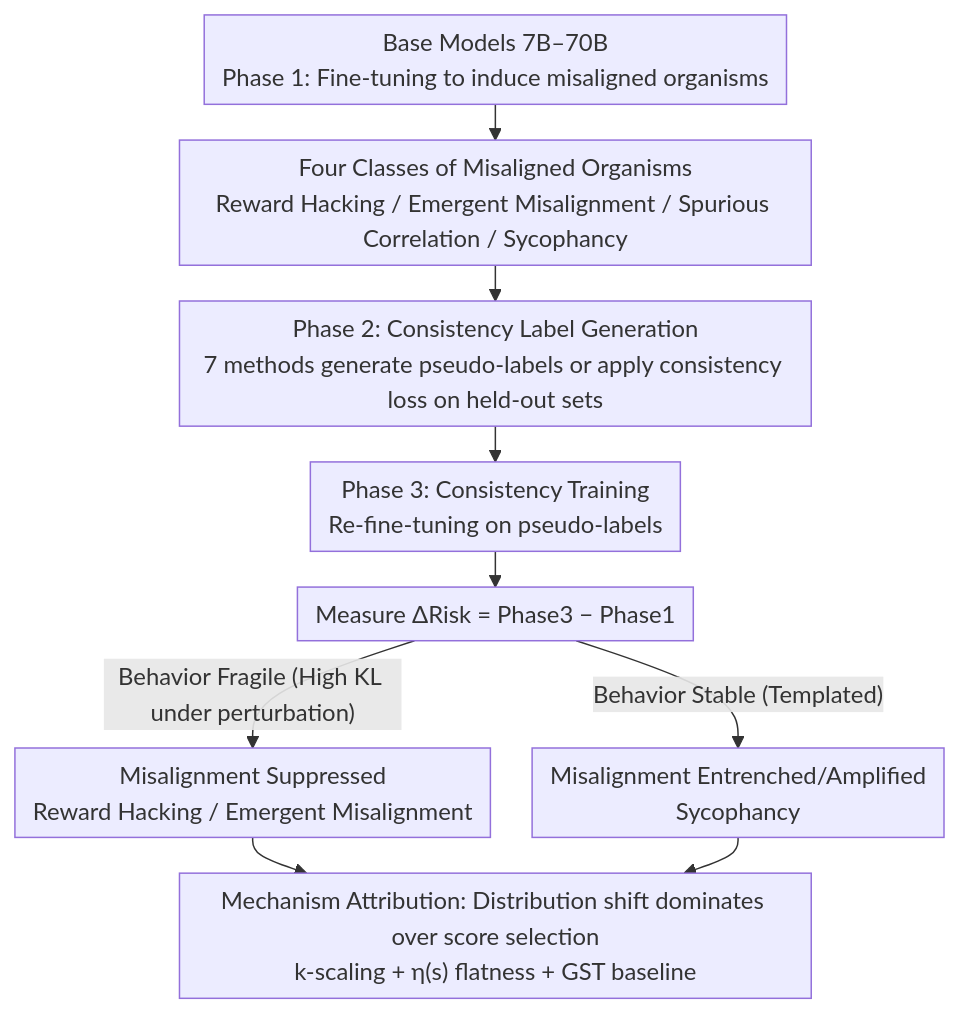
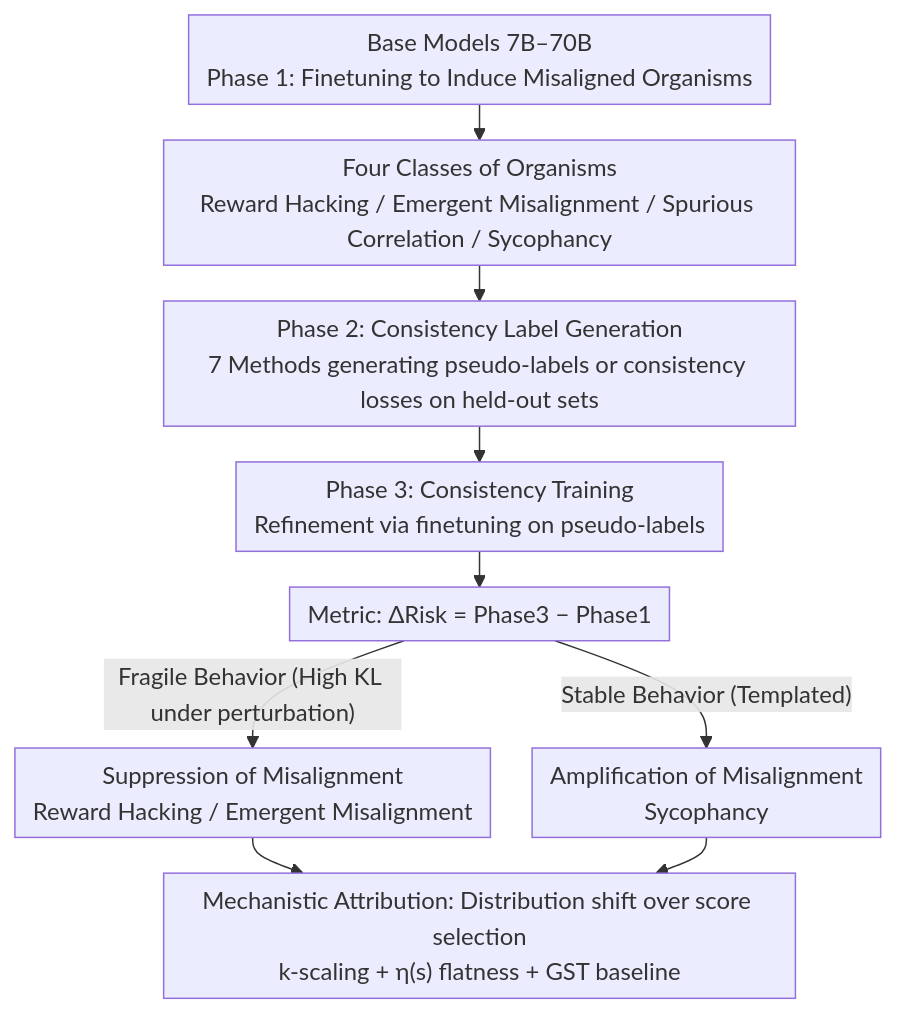
One commit to zhaoyang97/Paper-Notes-en changed the diagram in docs/ICML2026/llm_alignment/consistency_training_can_entrench_misalignment.md. Above: the diagram before and after it, drawn with Mermaid. The commit also changed other lines of this file and 5084 other files, not shown here.

````diff
--- a/docs/ICML2026/llm_alignment/consistency_training_can_entrench_misalignment.md
+++ b/docs/ICML2026/llm_alignment/consistency_training_can_entrench_misalignment.md
@@ -43,12 +43,12 @@
 ```mermaid
 %%{init: {'flowchart': {'rankSpacing': 24, 'nodeSpacing': 28, 'padding': 6, 'wrappingWidth': 400}}}%%
 flowchart TD
-    A["Base Models 7B–70B<br/>Phase 1: Fine-tuning to induce misaligned organisms"] --> B["Four Classes of Misaligned Organisms<br/>Reward Hacking / Emergent Misalignment / Spurious Correlation / Sycophancy"]
-    B --> C["Phase 2: Consistency Label Generation<br/>7 methods generate pseudo-labels or apply consistency loss on held-out sets"]
-    C --> D["Phase 3: Consistency Training<br/>Re-fine-tuning on pseudo-labels"]
-    D --> E["Measure ΔRisk = Phase3 − Phase1"]
-    E -->|"Behavior Fragile (High KL under perturbation)"| F["Misalignment Suppressed<br/>Reward Hacking / Emergent Misalignment"]
-    E -->|"Behavior Stable (Templated)"| G["Misalignment Entrenched/Amplified<br/>Sycophancy"]
-    F --> H["Mechanism Attribution: Distribution shift dominates over score selection<br/>k-scaling + η(s) flatness + GST baseline"]
+    A["Base Models 7B–70B<br/>Phase 1: Finetuning to Induce Misaligned Organisms"] --> B["Four Classes of Organisms<br/>Reward Hacking / Emergent Misalignment / Spurious Correlation / Sycophancy"]
+    B --> C["Phase 2: Consistency Label Generation<br/>7 Methods generating pseudo-labels or consistency losses on held-out sets"]
+    C --> D["Phase 3: Consistency Training<br/>Refinement via finetuning on pseudo-labels"]
+    D --> E["Metric: ΔRisk = Phase3 − Phase1"]
+    E -->|"Fragile Behavior (High KL under perturbation)"| F["Suppression of Misalignment<br/>Reward Hacking / Emergent Misalignment"]
+    E -->|"Stable Behavior (Templated)"| G["Amplification of Misalignment<br/>Sycophancy"]
+    F --> H["Mechanistic Attribution: Distribution shift over score selection<br/>k-scaling + η(s) flatness + GST baseline"]
     G --> H
 ```
````
